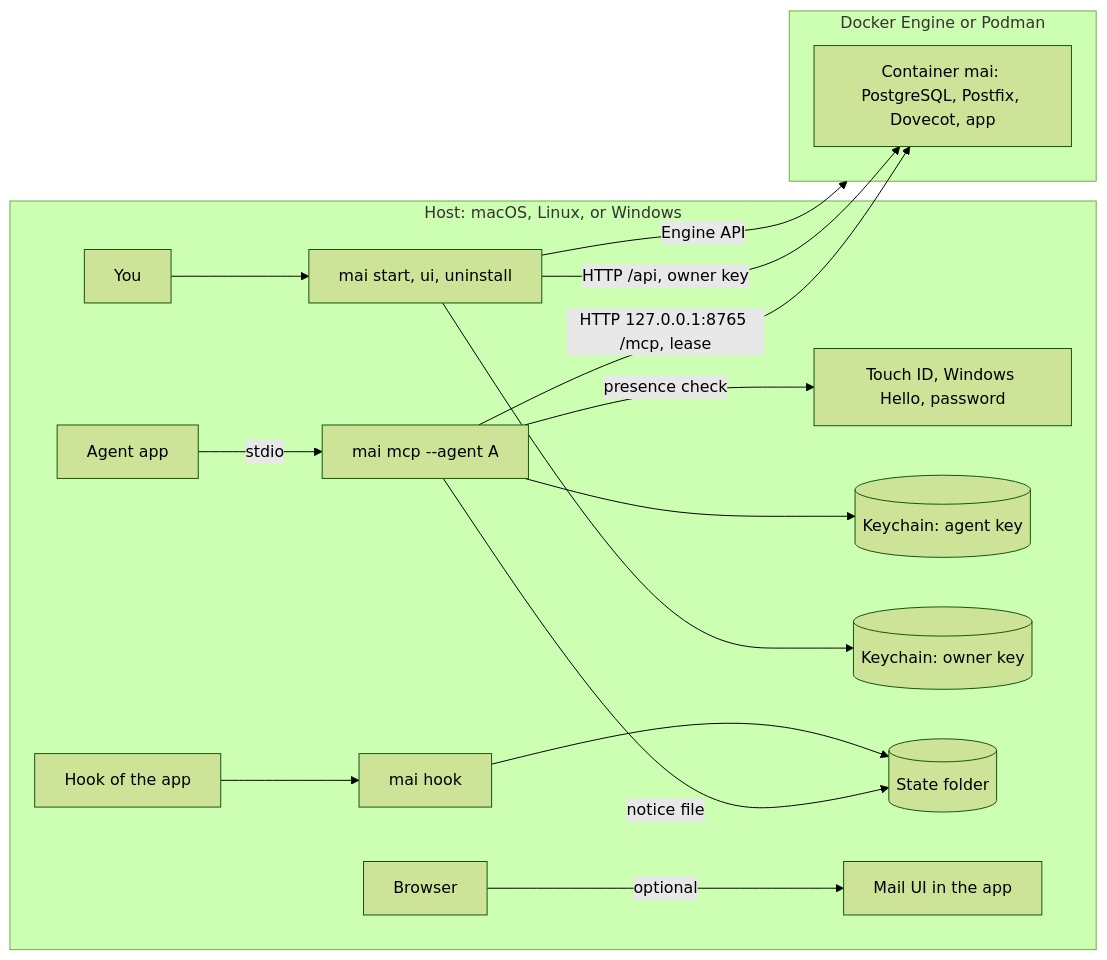
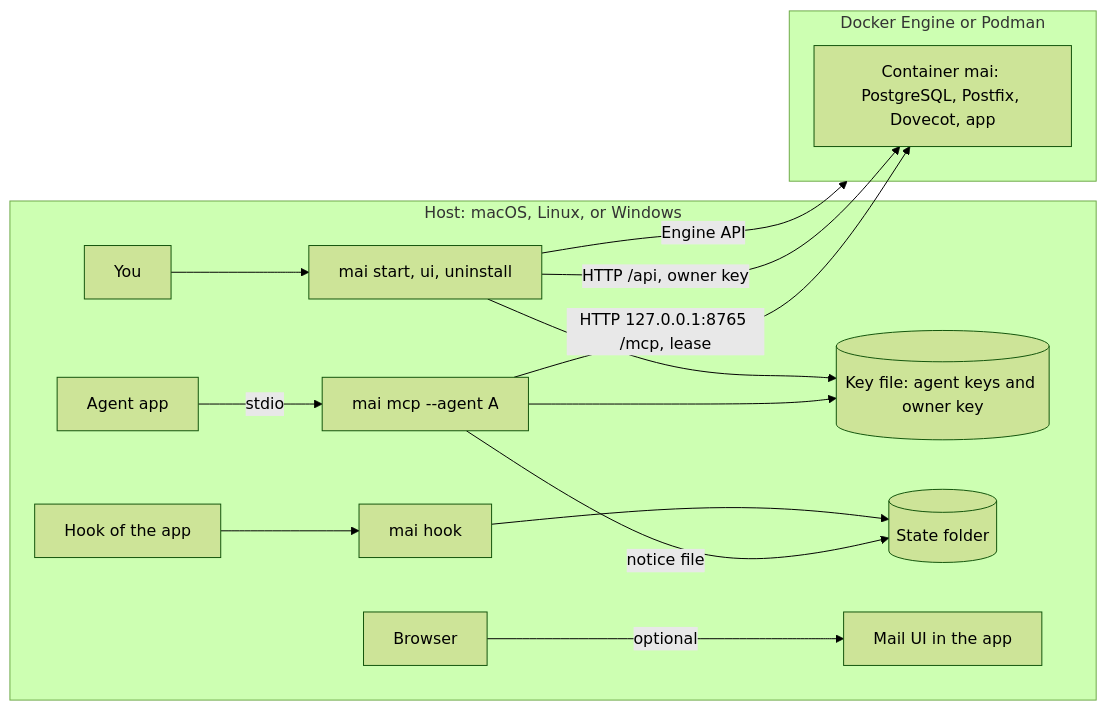
One commit to monorithm/mai changed the diagram in docs/design/mai-3.0.md. Above: the diagram before and after it, drawn with Mermaid (forest theme). The commit also changed other lines of this file and 7 other files, not shown here.

First line of the commit message:
docs: tell about the key file and the move of the keychain items

````diff
--- a/docs/design/mai-3.0.md
+++ b/docs/design/mai-3.0.md
@@ -205,21 +214,20 @@
 ```mermaid
 flowchart LR
   subgraph host[Host: macOS, Linux, or Windows]
     APP[Agent app] -->|stdio| BR[mai mcp --agent A]
     HOOK[Hook of the app] --> MH[mai hook]
     YOU[You] --> CLI[mai start, ui, uninstall]
-    BR -->|presence check| OS[Touch ID, Windows Hello, password]
-    BR --> KC[(Keychain: agent key)]
-    CLI --> KC2[(Keychain: owner key)]
+    BR --> KF[(Key file: agent keys and owner key)]
+    CLI --> KF
     BR -->|notice file| ST[(State folder)]
     MH --> ST
     WEB[Browser] -->|optional| UI
   end
   subgraph engine[Docker Engine or Podman]
     C[Container mai: PostgreSQL, Postfix, Dovecot, app]
     UI[Mail UI in the app]
   end
   CLI -->|Engine API| engine
   BR -->|HTTP 127.0.0.1:8765 /mcp, lease| C
   CLI -->|HTTP /api, owner key| C
 ```
````
